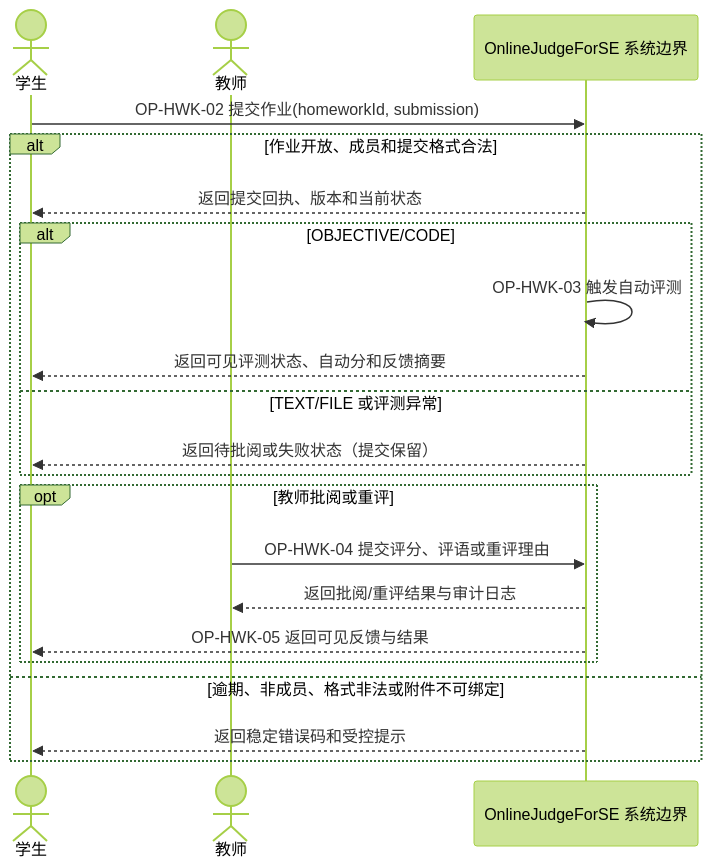
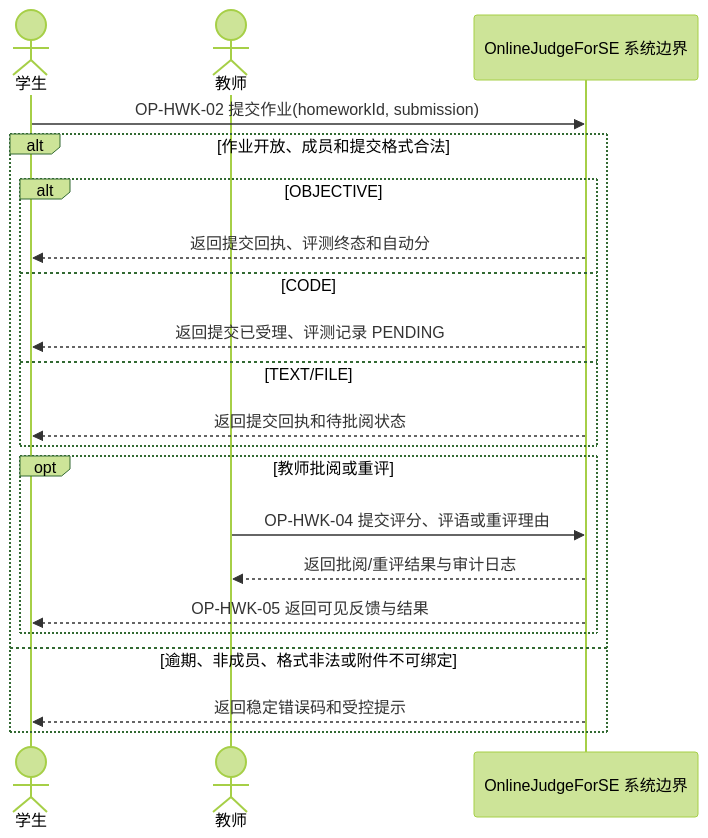
Before and after one commit to Cr4zyorange/OnlineJudge: the diagram in docs/diagrams/srs/fig_4_14a_hwk_submission_ssd.mmd, drawn with Mermaid (forest theme). The commit also changed 11 other files, not shown here.

```diff
--- a/docs/diagrams/srs/fig_4_14a_hwk_submission_ssd.mmd
+++ b/docs/diagrams/srs/fig_4_14a_hwk_submission_ssd.mmd
@@ -1,21 +1,21 @@
 sequenceDiagram
   actor Student as 学生
   actor Teacher as 教师
   participant System as OnlineJudgeForSE 系统边界
   Student->>System: OP-HWK-02 提交作业(homeworkId, submission)
   alt 作业开放、成员和提交格式合法
-    System-->>Student: 返回提交回执、版本和当前状态
-    alt OBJECTIVE/CODE
-      System->>System: OP-HWK-03 触发自动评测
-      System-->>Student: 返回可见评测状态、自动分和反馈摘要
-    else TEXT/FILE 或评测异常
-      System-->>Student: 返回待批阅或失败状态（提交保留）
+    alt OBJECTIVE
+      System-->>Student: 返回提交回执、评测终态和自动分
+    else CODE
+      System-->>Student: 返回提交已受理、评测记录 PENDING
+    else TEXT/FILE
+      System-->>Student: 返回提交回执和待批阅状态
     end
     opt 教师批阅或重评
       Teacher->>System: OP-HWK-04 提交评分、评语或重评理由
       System-->>Teacher: 返回批阅/重评结果与审计日志
       System-->>Student: OP-HWK-05 返回可见反馈与结果
     end
   else 逾期、非成员、格式非法或附件不可绑定
     System-->>Student: 返回稳定错误码和受控提示
   end
```
